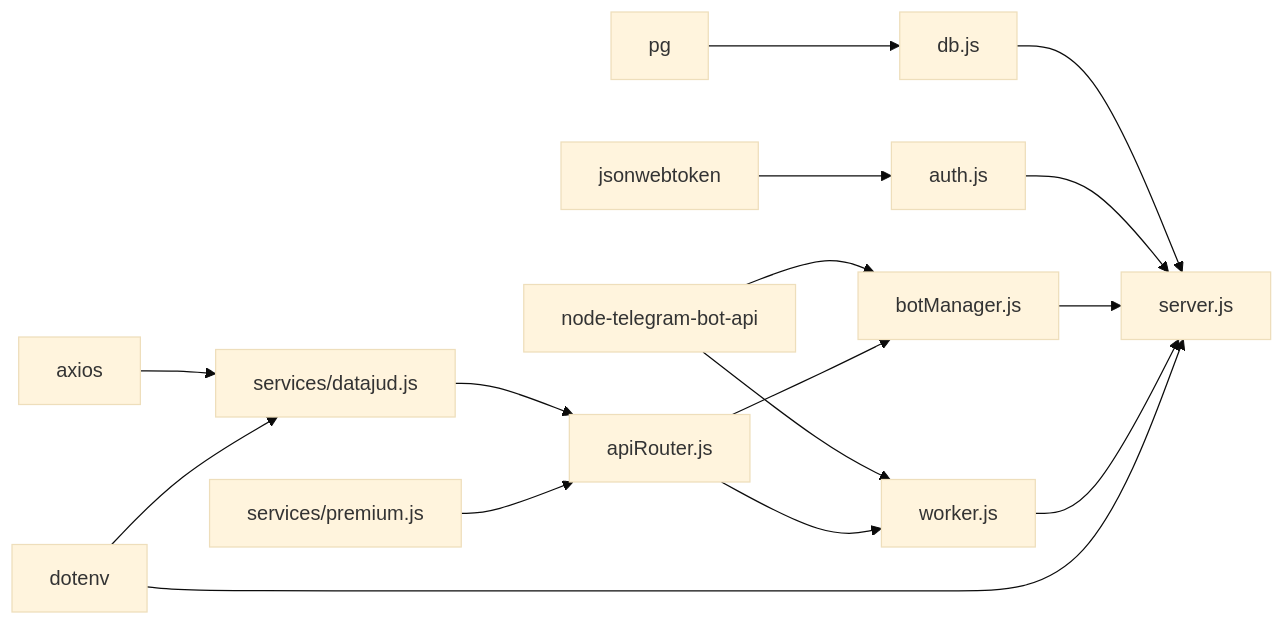
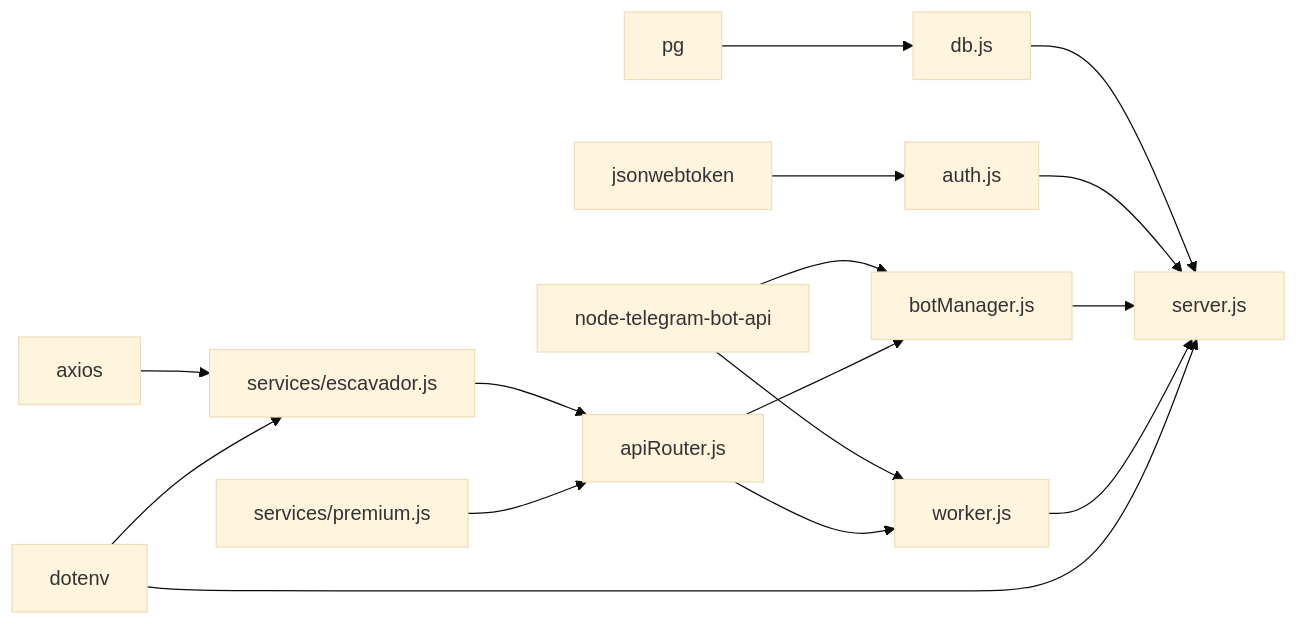
One commit to Alexandrexicara/bot-processos changed the fourth of 4 diagrams in .qoder/repowiki/en/content/API Integration Layer/DataJud Free Service Integration.md. Above: the diagram before and after it, drawn with Mermaid (base theme). The commit also changed other lines of this file and 6 other files, not shown here.

````diff
--- a/.qoder/repowiki/en/content/API Integration Layer/DataJud Free Service Integration.md
+++ b/.qoder/repowiki/en/content/API Integration Layer/DataJud Free Service Integration.md
@@ -306,18 +274,18 @@
 ```mermaid
 graph LR
-AX["axios"] --> D["services/datajud.js"]
+AX["axios"] --> E["services/escavador.js"]
 PG["pg"] --> DB["db.js"]
 JWT["jsonwebtoken"] --> A["auth.js"]
 TG["node-telegram-bot-api"] --> BM["botManager.js"]
 TG --> W["worker.js"]
-D --> R["apiRouter.js"]
+E --> R["apiRouter.js"]
 P["services/premium.js"] --> R
 R --> BM
 R --> W
 DB --> S["server.js"]
 A --> S
 BM --> S
 W --> S
-ENV["dotenv"] --> D
+ENV["dotenv"] --> E
 ENV --> S
 ```
````
